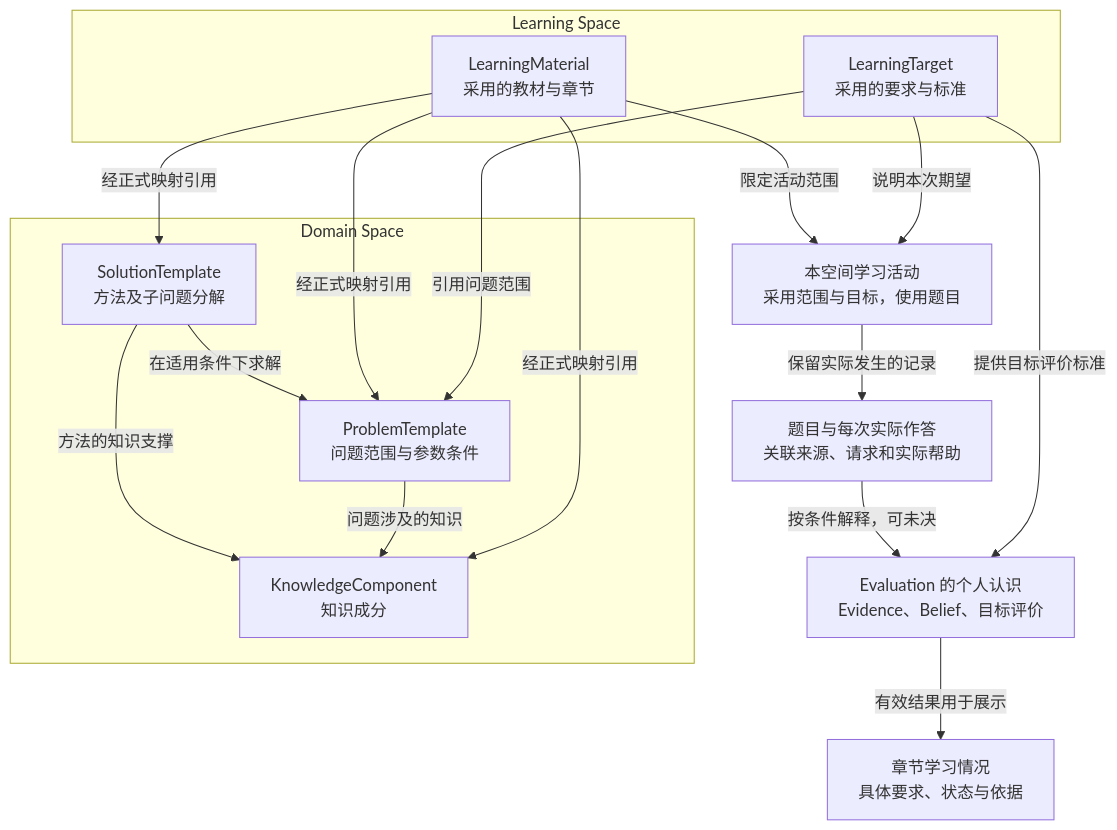
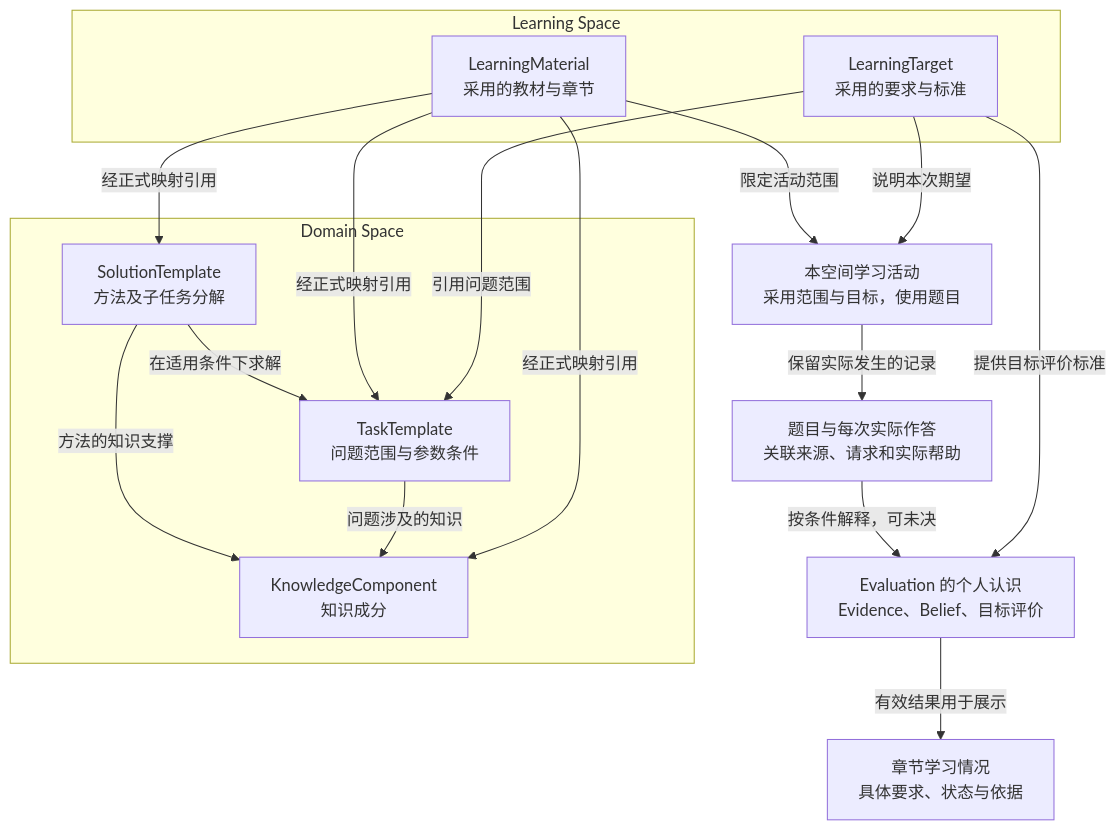
Before and after one commit to ivgotcrazy/deermind: the first of 6 diagrams in doc/mvp/phase-3-definition/MVP_Requirements_and_Acceptance.md, drawn with Mermaid. The commit also changed other lines of this file and 35 other files, not shown here.

````diff
--- a/doc/mvp/phase-3-definition/MVP_Requirements_and_Acceptance.md
+++ b/doc/mvp/phase-3-definition/MVP_Requirements_and_Acceptance.md
@@ -33,29 +33,29 @@
 ```mermaid
 flowchart TB
     subgraph DS["Domain Space"]
-        PT["ProblemTemplate<br/>问题范围与参数条件"]
-        ST["SolutionTemplate<br/>方法及子问题分解"]
+        PT["TaskTemplate<br/>问题范围与参数条件"]
+        ST["SolutionTemplate<br/>方法及子任务分解"]
         KC["KnowledgeComponent<br/>知识成分"]
         ST -->|"在适用条件下求解"| PT
         ST -->|"方法的知识支撑"| KC
         PT -->|"问题涉及的知识"| KC
     end
     subgraph LS["Learning Space"]
         LM["LearningMaterial<br/>采用的教材与章节"]
         LT["LearningTarget<br/>采用的要求与标准"]
     end
     LM -->|"经正式映射引用"| PT
     LM -->|"经正式映射引用"| ST
     LM -->|"经正式映射引用"| KC
     LT -->|"引用问题范围"| PT
     X["本空间学习活动<br/>采用范围与目标，使用题目"]
     R["题目与每次实际作答<br/>关联来源、请求和实际帮助"]
     E["Evaluation 的个人认识<br/>Evidence、Belief、目标评价"]
     V["章节学习情况<br/>具体要求、状态与依据"]
     LM -->|"限定活动范围"| X
     LT -->|"说明本次期望"| X
     X -->|"保留实际发生的记录"| R
     R -->|"按条件解释，可未决"| E
     LT -->|"提供目标评价标准"| E
     E -->|"有效结果用于展示"| V
 ```
````
